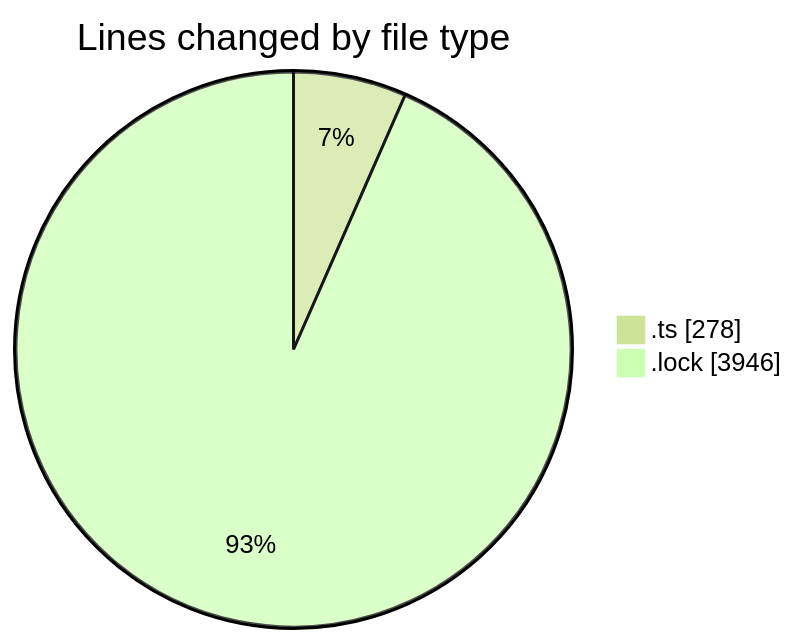
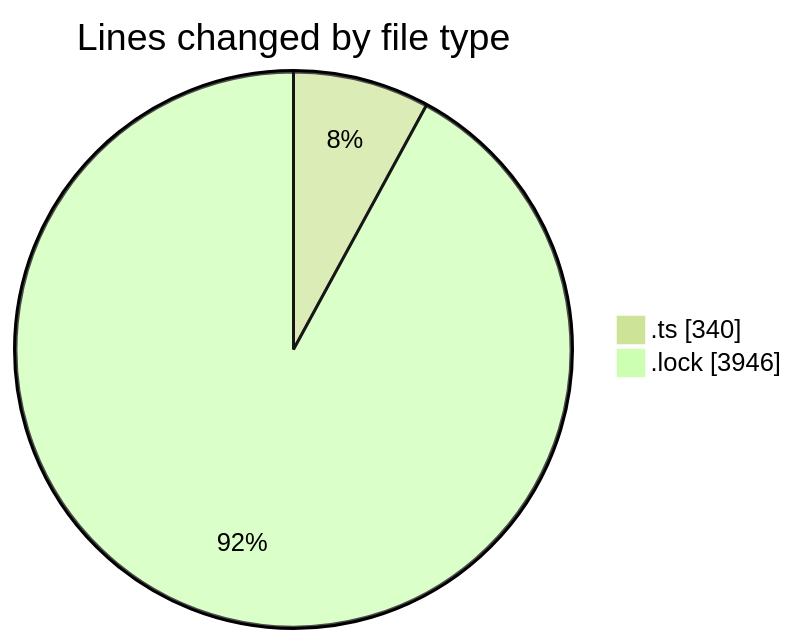
The first of 2 diagrams in 2025-08-19/cda/README.md (momahboobian/code-tracking), drawn with Mermaid (forest theme) before and after one commit. The commit also changed other lines of this file and 1 other file, not shown here.

````diff
--- a/2025-08-19/cda/README.md
+++ b/2025-08-19/cda/README.md
@@ -24,6 +24,6 @@
 ```mermaid
 pie showData
 title Lines changed by file type
-".ts" : 278
+".ts" : 340
 ".lock" : 3946
 ```
````
